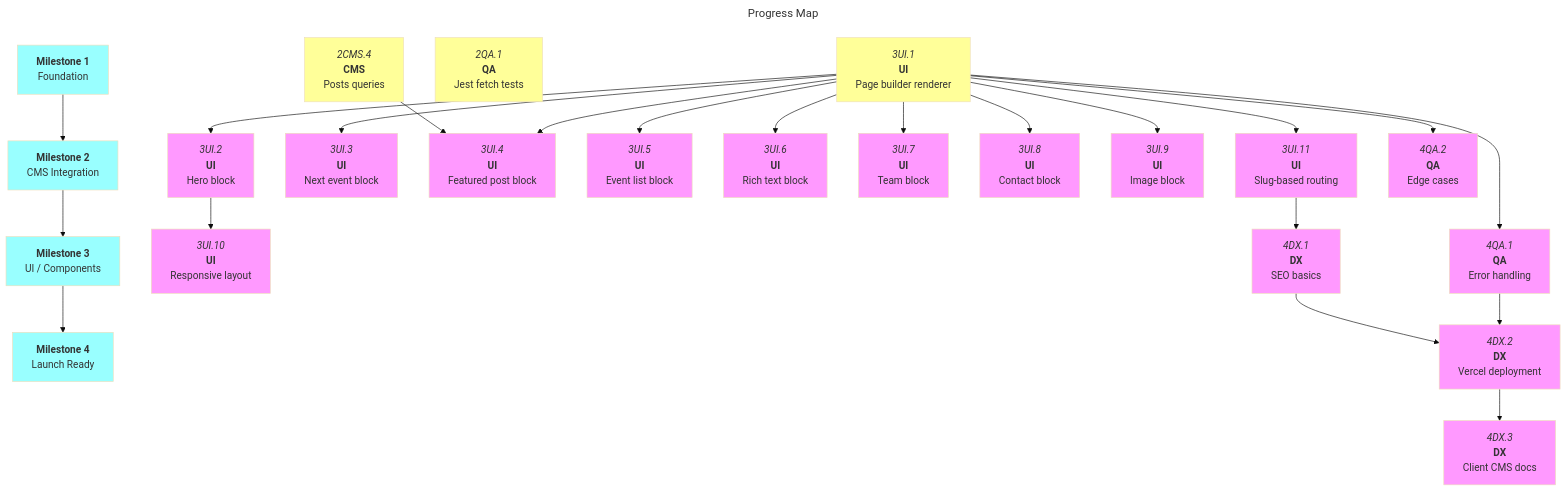
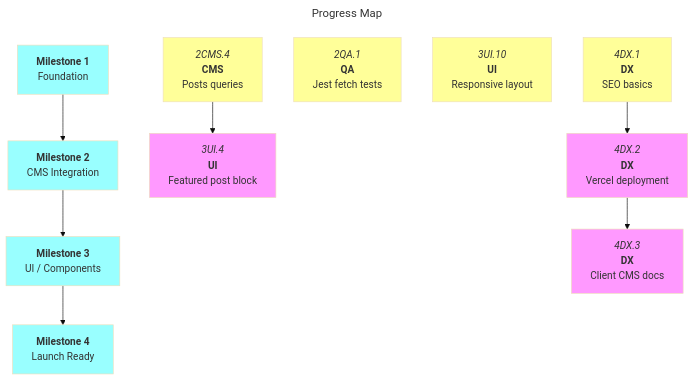
Before and after one commit to Oggie112/C58: the diagram in docs/roadmaps/mvp.md, drawn with Mermaid (base theme). The commit also changed other lines of this file and 2 other files, not shown here.

````diff
--- a/docs/roadmaps/mvp.md
+++ b/docs/roadmaps/mvp.md
@@ -136,50 +136,32 @@
 ```mermaid
 ---
 title: Progress Map
 ---
 graph TD
 
 m1["`**Milestone 1**<br/>Foundation`"]:::mile
 m2["`**Milestone 2**<br/>CMS Integration`"]:::mile
 m3["`**Milestone 3**<br/>UI / Components`"]:::mile
 m4["`**Milestone 4**<br/>Launch Ready`"]:::mile
 
 m1 --> m2 --> m3 --> m4
 
 2CMS.4["`*2CMS.4*<br/>**CMS**<br/>Posts queries`"]:::open
 2QA.1["`*2QA.1*<br/>**QA**<br/>Jest fetch tests`"]:::open
 
-3UI.1["`*3UI.1*<br/>**UI**<br/>Page builder renderer`"]:::open
-3UI.2["`*3UI.2*<br/>**UI**<br/>Hero block`"]
-3UI.3["`*3UI.3*<br/>**UI**<br/>Next event block`"]
 3UI.4["`*3UI.4*<br/>**UI**<br/>Featured post block`"]
-3UI.5["`*3UI.5*<br/>**UI**<br/>Event list block`"]
-3UI.6["`*3UI.6*<br/>**UI**<br/>Rich text block`"]
-3UI.7["`*3UI.7*<br/>**UI**<br/>Team block`"]
-3UI.8["`*3UI.8*<br/>**UI**<br/>Contact block`"]
-3UI.9["`*3UI.9*<br/>**UI**<br/>Image block`"]
-3UI.10["`*3UI.10*<br/>**UI**<br/>Responsive layout`"]
-3UI.11["`*3UI.11*<br/>**UI**<br/>Slug-based routing`"]
+3UI.10["`*3UI.10*<br/>**UI**<br/>Responsive layout`"]:::open
 
-4QA.1["`*4QA.1*<br/>**QA**<br/>Error handling`"]
-4QA.2["`*4QA.2*<br/>**QA**<br/>Edge cases`"]
-4DX.1["`*4DX.1*<br/>**DX**<br/>SEO basics`"]
+4DX.1["`*4DX.1*<br/>**DX**<br/>SEO basics`"]:::open
 4DX.2["`*4DX.2*<br/>**DX**<br/>Vercel deployment`"]
 4DX.3["`*4DX.3*<br/>**DX**<br/>Client CMS docs`"]
 
-3UI.1 --> 3UI.2 & 3UI.6 & 3UI.7 & 3UI.9
-3UI.1 --> 3UI.3 & 3UI.5
-3UI.1 & 2CMS.4 --> 3UI.4
-3UI.1 --> 3UI.8
-3UI.1 --> 3UI.11
-3UI.2 --> 3UI.10
+2CMS.4 --> 3UI.4
 
-3UI.1 --> 4QA.1 & 4QA.2
-3UI.11 --> 4DX.1
-4QA.1 & 4DX.1 --> 4DX.2
+4DX.1 --> 4DX.2
 4DX.2 --> 4DX.3
 
 classDef default fill:#f9f
 classDef open fill:#ff9
 classDef mile fill:#9ff
 ```
````
